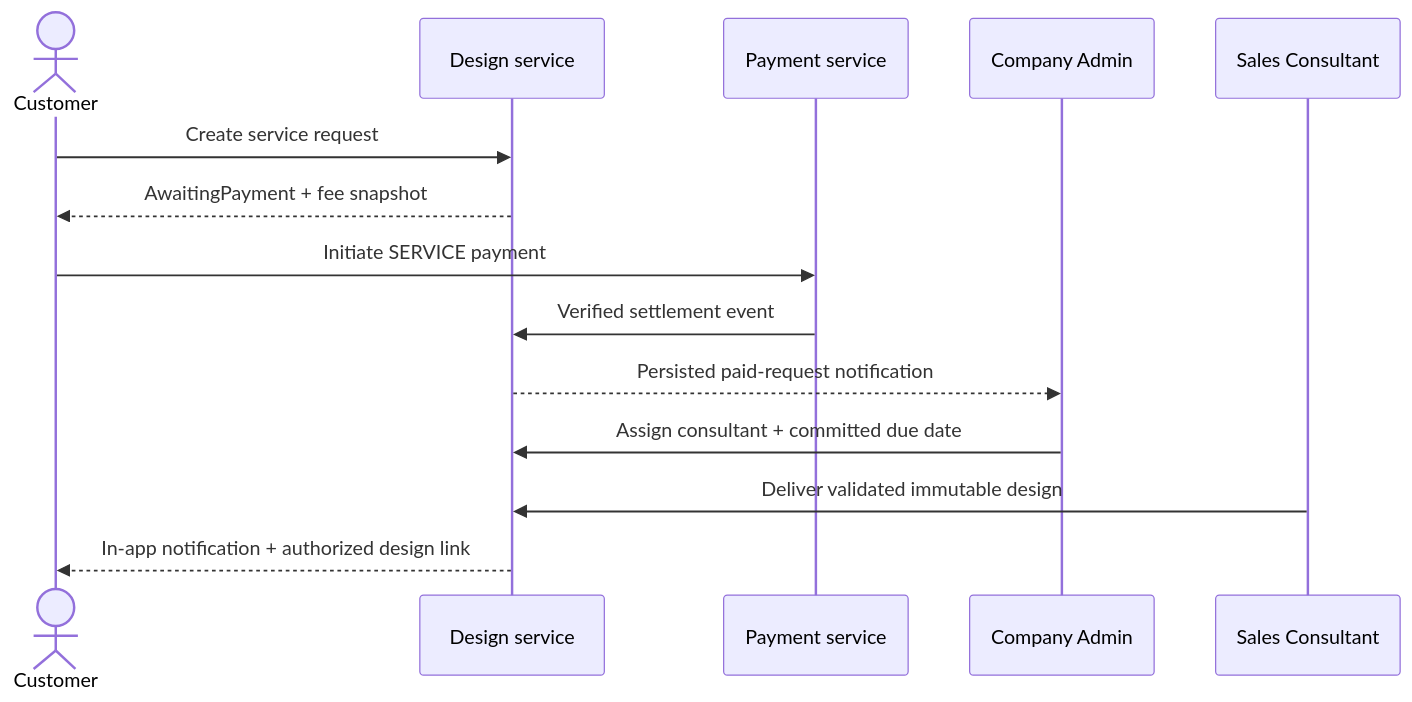
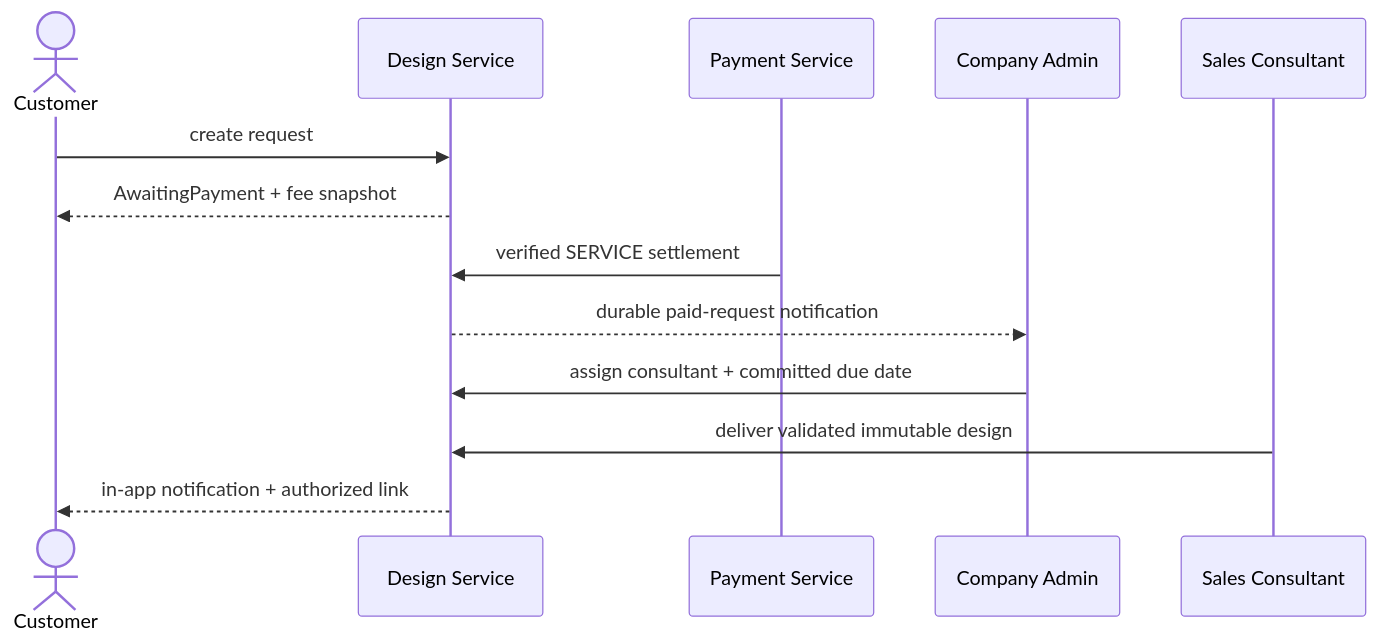
One commit to ankhanhwork/weavelink-project changed the second of 2 diagrams in specs/spec-MFG-05.md. Above: the diagram before and after it, drawn with Mermaid. The commit also changed other lines of this file and 72 other files, not shown here.

````diff
--- a/specs/spec-MFG-05.md
+++ b/specs/spec-MFG-05.md
@@ -39,16 +81,15 @@
 ```mermaid
 sequenceDiagram
   actor C as Customer
-  participant D as Design service
-  participant P as Payment service
+  participant D as Design Service
+  participant P as Payment Service
   participant A as Company Admin
   participant S as Sales Consultant
-  C->>D: Create service request
+  C->>D: create request
   D-->>C: AwaitingPayment + fee snapshot
-  C->>P: Initiate SERVICE payment
-  P->>D: Verified settlement event
-  D-->>A: Persisted paid-request notification
-  A->>D: Assign consultant + committed due date
-  S->>D: Deliver validated immutable design
-  D-->>C: In-app notification + authorized design link
+  P->>D: verified SERVICE settlement
+  D-->>A: durable paid-request notification
+  A->>D: assign consultant + committed due date
+  S->>D: deliver validated immutable design
+  D-->>C: in-app notification + authorized link
 ```
````
